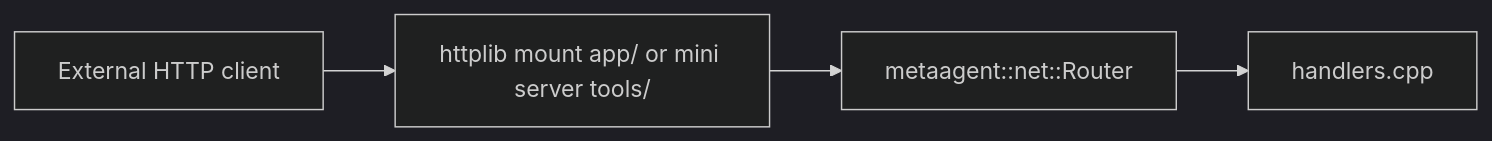
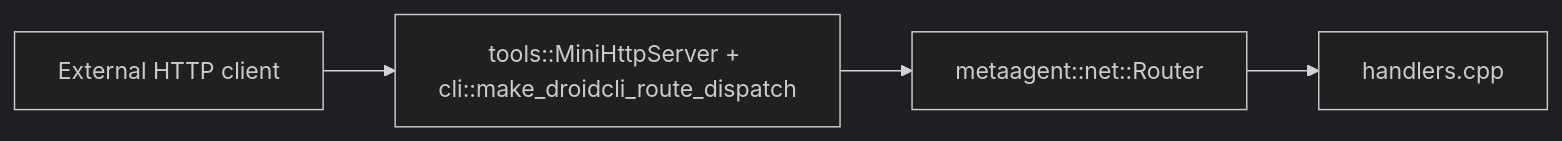
Before and after one commit to vecnode/droidcli: the third of 3 diagrams in ARCHITECTURE.md, drawn with Mermaid (dark theme). The commit also changed other lines of this file and 42 other files, not shown here.

First line of the commit message:
Replace webview desktop app with droidcli agent daemon (#20)

````diff
--- a/ARCHITECTURE.md
+++ b/ARCHITECTURE.md
@@ -151,9 +163,9 @@
 ```mermaid
 flowchart LR
     Client[External HTTP client]
-    Mount[httplib mount app/ or mini server tools/]
+    Mount[tools::MiniHttpServer + cli::make_droidcli_route_dispatch]
     Router[metaagent::net::Router]
     Handlers[handlers.cpp]
 
     Client --> Mount --> Router --> Handlers
 ```
````
